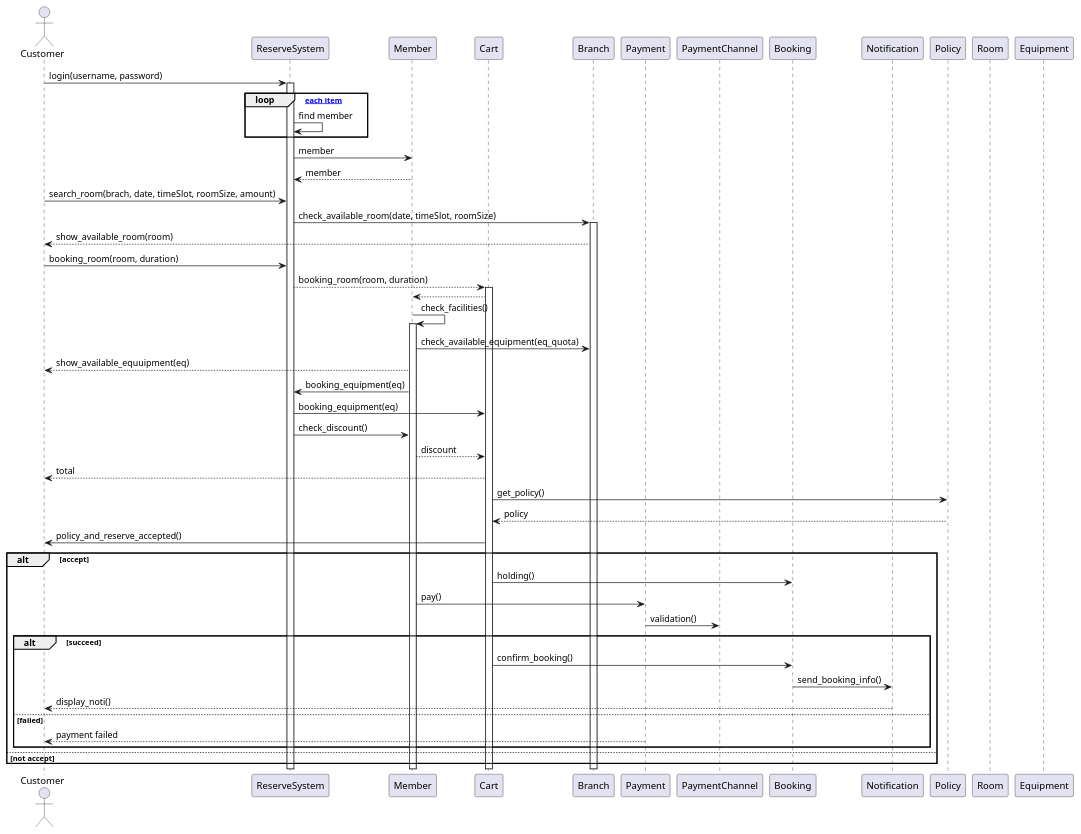
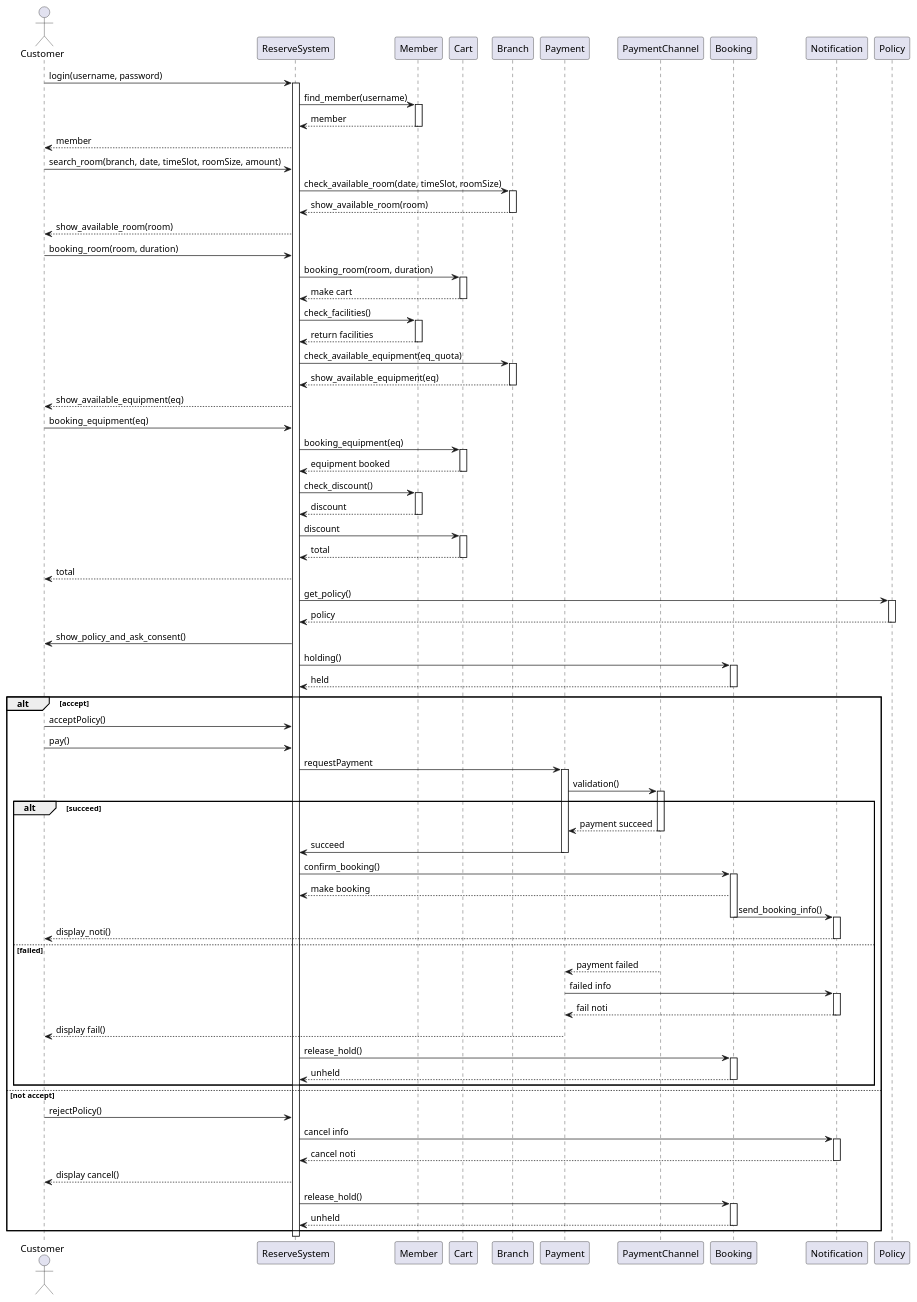
The diagram in diagram/sequence_diagram/book_practice_room.puml (pjngth998/RhythmReserve), drawn with PlantUML before and after one commit. The commit also changed 1 other file, not shown here.

Commit message:
book room sq diagram done

```diff
--- a/diagram/sequence_diagram/book_practice_room.puml
+++ b/diagram/sequence_diagram/book_practice_room.puml
@@ -1,70 +1,128 @@
 @startuml
 actor Customer as C
 participant ReserveSystem as Rs
 participant Member as Mb
 participant Cart as Ct
 participant Branch as Br
 participant Payment as Pm
 participant PaymentChannel as Pmch
 participant Booking as B
 participant Notification as N
 participant Policy as P
-participant Room as R
-participant Equipment as E
 
 C -> Rs: login(username, password)
 activate Rs
-loop [for each item]
-    Rs -> Rs: find member
-end loop
-Rs -> Mb: member
+Rs -> Mb: find_member(username)
+activate Mb
+
 Mb --> Rs: member
+deactivate Mb
+Rs --> C: member
 
-C -> Rs: search_room(brach, date, timeSlot, roomSize, amount)
+
+C -> Rs: search_room(branch, date, timeSlot, roomSize, amount)
 
 Rs -> Br: check_available_room(date, timeSlot, roomSize)
 activate Br
-Br --> C: show_available_room(room)
+Br --> Rs: show_available_room(room)
+deactivate Br
+Rs --> C: show_available_room(room)
 
 
 C -> Rs: booking_room(room, duration)
-Rs --> Ct: booking_room(room, duration)
+Rs -> Ct: booking_room(room, duration)
 activate Ct
-Ct --> Mb: 
-Mb -> Mb: check_facilities()
+Ct --> Rs: make cart
+deactivate Ct
+Rs -> Mb: check_facilities()
 activate Mb
-
-Mb -> Br: check_available_equipment(eq_quota)
-Mb --> C: show_available_equuipment(eq)
+Mb --> Rs: return facilities
+deactivate Mb
 
 
-Mb -> Rs: booking_equipment(eq)
+Rs -> Br: check_available_equipment(eq_quota)
+activate Br
+Br --> Rs: show_available_equipment(eq)
+deactivate Br
+Rs --> C: show_available_equipment(eq)
+
+
+C -> Rs: booking_equipment(eq)
 Rs -> Ct: booking_equipment(eq)
+activate Ct
+Ct --> Rs: equipment booked
+deactivate Ct
 
 Rs -> Mb: check_discount()
-Mb --> Ct: discount
-Ct --> C : total
+activate Mb
+Mb --> Rs: discount
+deactivate Mb
+Rs -> Ct: discount
+activate Ct
+Ct --> Rs : total
+deactivate Ct
+Rs --> C : total
 
-Ct -> P: get_policy()
-P --> Ct: policy
+Rs -> P: get_policy()
+activate P
+P --> Rs: policy
+deactivate P
 
-Ct -> C : policy_and_reserve_accepted()
+
+Rs -> C : show_policy_and_ask_consent()
+Rs -> B: holding()
+activate B
+B --> Rs : held
+deactivate B
 alt accept
-    Ct -> B: holding()
-    Mb -> Pm: pay()
+    C -> Rs : acceptPolicy()
+    C -> Rs: pay()
+    Rs -> Pm: requestPayment
+    activate Pm
     Pm -> Pmch: validation()
+    activate Pmch
     alt succeed
-        Ct -> B: confirm_booking()
+        Pmch --> Pm :payment succeed
+        deactivate Pmch
+        Pm -> Rs : succeed
+        deactivate Pm
+        Rs -> B: confirm_booking()
+        activate B
+        B --> Rs: make booking
         B -> N: send_booking_info()
+        deactivate B
+        activate N
         N --> C: display_noti()
+        deactivate N
     else failed
-        Pm --> C: payment failed
+        Pmch --> Pm: payment failed
+        deactivate Pmch
+        Pm -> N: failed info
+        activate N
+        N --> Pm: fail noti
+        deactivate N
+        Pm --> C: display fail()
+        deactivate Pm
+        Rs -> B: release_hold()
+        activate B
+        B --> Rs: unheld
+        deactivate B
     end
 else not accept
+    C -> Rs : rejectPolicy()
+    Rs -> N: cancel info
+    activate N
+    N --> Rs : cancel noti
+    deactivate N
+    Rs --> C: display cancel()
+    Rs -> B: release_hold()
+    activate B
+    B --> Rs: unheld
+    deactivate B
 end
     
 
 
 
 
 @enduml
```
